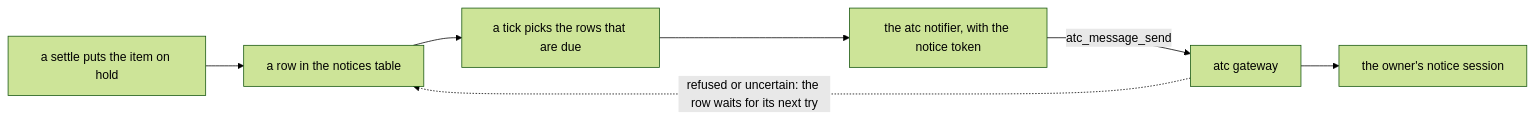
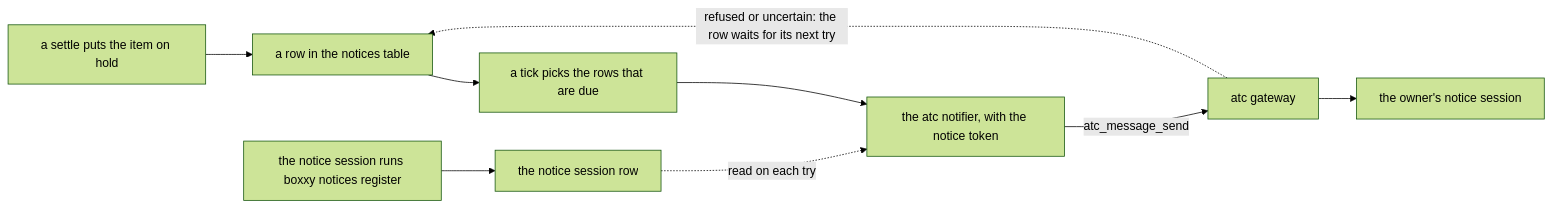
The diagram in docs/design/boxxy/owner-notices.md (zgeoff/boxxy), drawn with Mermaid (forest theme) before and after one commit. The commit also changed other lines of this file and 43 other files, not shown here.

First line of the commit message:
feat(server): let the notice session register itself

````diff
--- a/docs/design/boxxy/owner-notices.md
+++ b/docs/design/boxxy/owner-notices.md
@@ -16,9 +16,11 @@
 ```mermaid
 flowchart LR
   settle["a settle puts the item on hold"] --> row["a row in the notices table"]
   row --> tick["a tick picks the rows that are due"]
   tick --> notifier["the atc notifier, with the notice token"]
   notifier -->|"atc_message_send"| gateway["atc gateway"]
   gateway --> session["the owner's notice session"]
   gateway -.->|"refused or uncertain: the row waits for its next try"| row
+  register["the notice session runs boxxy notices register"] --> stored["the notice session row"]
+  stored -.->|"read on each try"| notifier
 ```
````
